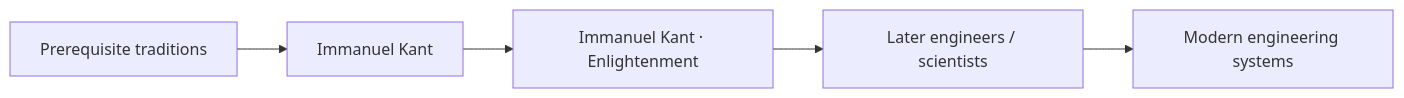
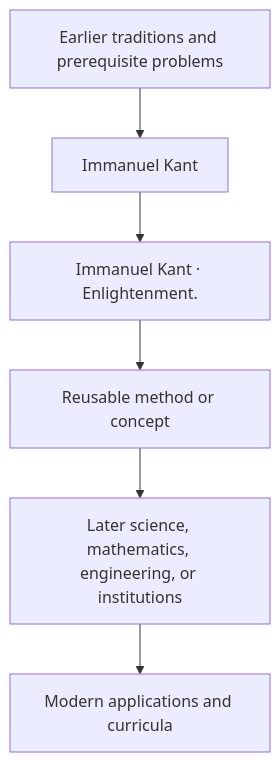
Before and after one commit to via-decide/ViaLogic: the diagram in docs/history/immanuel-kant/influence.md, drawn with Mermaid. The commit also changed other lines of this file and 858 other files, not shown here.

````diff
--- a/docs/history/immanuel-kant/influence.md
+++ b/docs/history/immanuel-kant/influence.md
@@ -29,7 +16,8 @@
 ```mermaid
-graph LR
-  prerequisites["Prerequisite traditions"] --> current["Immanuel Kant"]
-  current --> contribution["Immanuel Kant · Enlightenment"]
-  contribution --> successors["Later engineers / scientists"]
-  successors --> modern["Modern engineering systems"]
+graph TD
+  Prior[Earlier traditions and prerequisite problems] --> Person[Immanuel Kant]
+  Person --> Contribution[Immanuel Kant · Enlightenment.]
+  Contribution --> Method[Reusable method or concept]
+  Method --> Later[Later science, mathematics, engineering, or institutions]
+  Later --> Modern[Modern applications and curricula]
 ```
````
